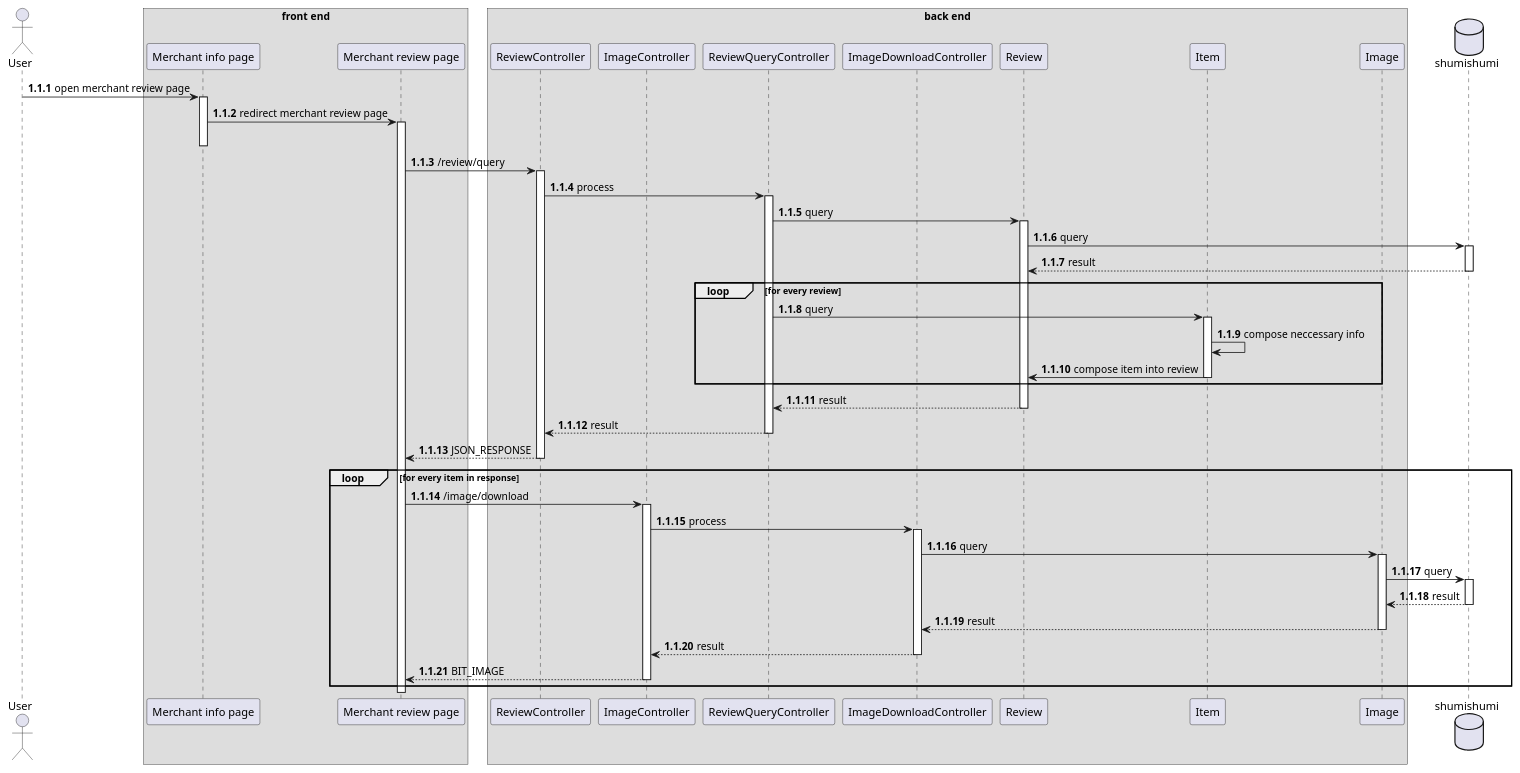
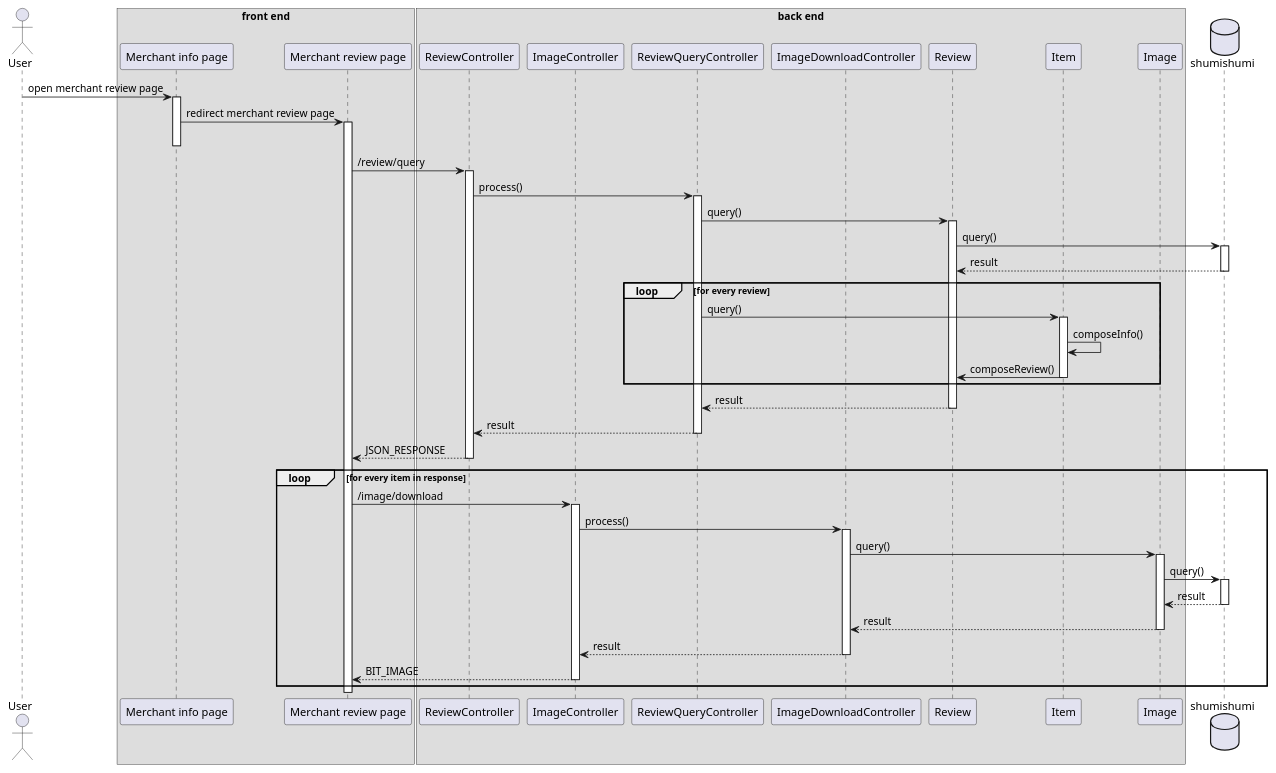
Before and after one commit to aldihsuhandi/skripsi-2023: the diagram in uml diagram/sequence diagram/review/view merchant review.pu, drawn with PlantUML. The commit also changed 68 other files, not shown here.

Commit message:
fix sequence diagram

```diff
--- a/uml diagram/sequence diagram/review/view merchant review.pu
+++ b/uml diagram/sequence diagram/review/view merchant review.pu
@@ -1,57 +1,57 @@
 @startuml template
-autonumber 1.1.1
+'autonumber 1.1.1
 
 actor User as u
 
 box "front end"
 participant "Merchant info page" as home
 participant "Merchant review page" as rlist
 end box
 
 box "back end"
 participant ReviewController as rc
 participant ImageController as imc
 
 participant ReviewQueryController as reproc
 participant ImageDownloadController as downproc
 
 participant Review as rm
 participant Item as im
 
 participant Image as img
 end box
 
 database shumishumi as db
 
 u -> home++ : open merchant review page
 home -> rlist ++-- : redirect merchant review page
 
 rlist -> rc++ : /review/query
-rc -> reproc++ : process
+rc -> reproc++ : process()
 
-reproc -> rm++ : query
-rm -> db++ : query
+reproc -> rm++ : query()
+rm -> db++ : query()
 return result
 
 loop for every review
-reproc -> im++ : query
-im -> im : compose neccessary info
-im -> rm : compose item into review
+reproc -> im++ : query()
+im -> im : composeInfo()
+im -> rm : composeReview()
 deactivate im
 end
 return result
 return result
 return JSON_RESPONSE
 
 loop for every item in response
     rlist -> imc++ : /image/download
-    imc -> downproc++ : process
-    downproc -> img++ : query
-    img -> db++ : query
+    imc -> downproc++ : process()
+    downproc -> img++ : query()
+    img -> db++ : query()
     return result
     return result
     return result
     return BIT_IMAGE
 end
 
 @enduml
```
